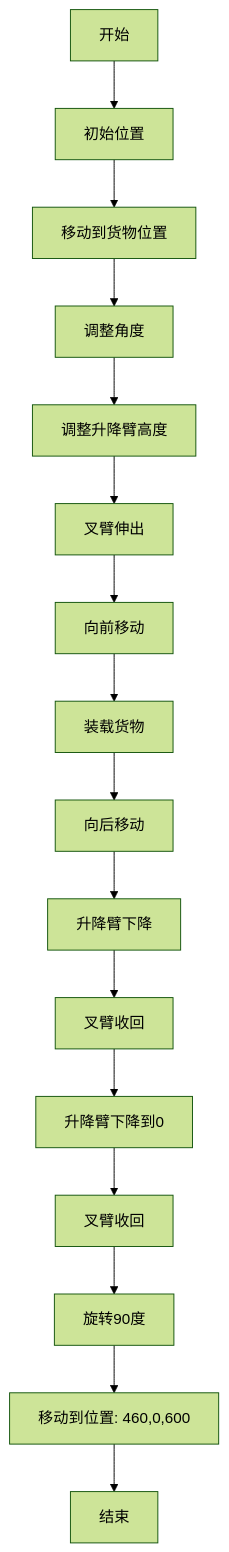
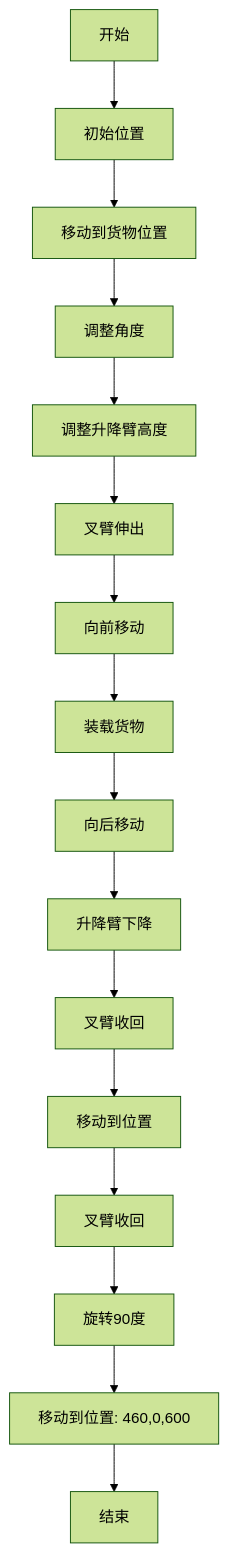
One commit to Mrmilu212/iodraw-files changed the diagram in all/未命名-1.md. Above: the diagram before and after it, drawn with Mermaid (forest theme).

Commit message:
2025-05-20 14:24:08 update

````diff
--- a/all/未命名-1.md
+++ b/all/未命名-1.md
@@ -1,18 +1,18 @@
 ```mermaid
 graph TD
     A[开始] --> B[初始位置]
     B --> C[移动到货物位置]
     C --> D[调整角度]
     D --> E[调整升降臂高度]
     E --> F[叉臂伸出]
     F --> G[向前移动]
     G --> H[装载货物]
     H --> I[向后移动]
     I --> J[升降臂下降]
     J --> K[叉臂收回]
-    K --> L[升降臂下降到0]
+    K --> L[移动到位置]
     L --> M[叉臂收回]
     M --> N[旋转90度]
     N --> O[移动到位置: 460,0,600]
     O --> P[结束]
 ```
````
